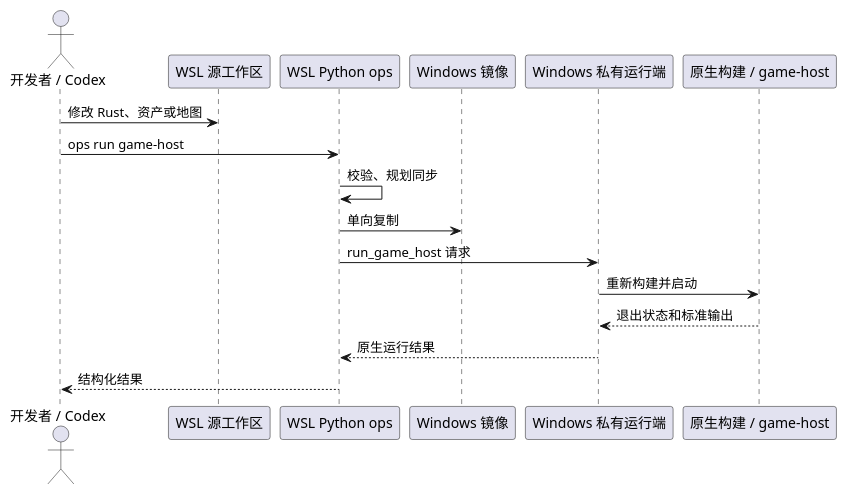
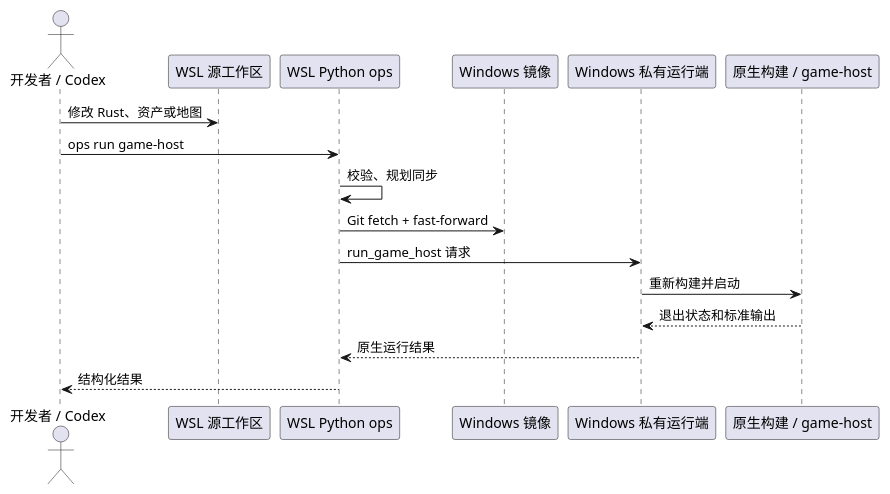
The second of 3 diagrams in docs/01-arch/004-cross-cutting/004-wsl-windows-development-workflow.md (nyml2003/pokemon-untitled), drawn with PlantUML before and after one commit. The commit also changed other lines of this file and 138 other files, not shown here.

````diff
--- a/docs/01-arch/004-cross-cutting/004-wsl-windows-development-workflow.md
+++ b/docs/01-arch/004-cross-cutting/004-wsl-windows-development-workflow.md
@@ -110,20 +116,20 @@
 ```plantuml
 @startuml
 actor "开发者 / Codex" as User
 participant "WSL 源工作区" as Source
 participant "WSL Python ops" as SyncOps
 participant "Windows 镜像" as Mirror
 participant "Windows 私有运行端" as RunOps
 participant "原生构建 / game-host" as Game
 
 User -> Source : 修改 Rust、资产或地图
 User -> SyncOps : ops run game-host
 SyncOps -> SyncOps : 校验、规划同步
-SyncOps -> Mirror : 单向复制
+SyncOps -> Mirror : Git fetch + fast-forward
 SyncOps -> RunOps : run_game_host 请求
 RunOps -> Game : 重新构建并启动
 Game --> RunOps : 退出状态和标准输出
 RunOps --> SyncOps : 原生运行结果
 SyncOps --> User : 结构化结果
 @enduml
 ```
````
